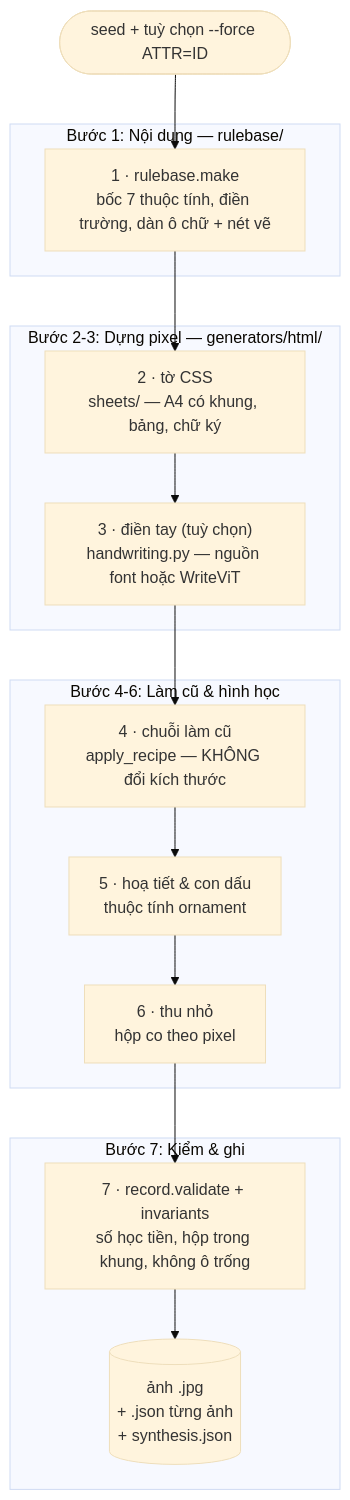
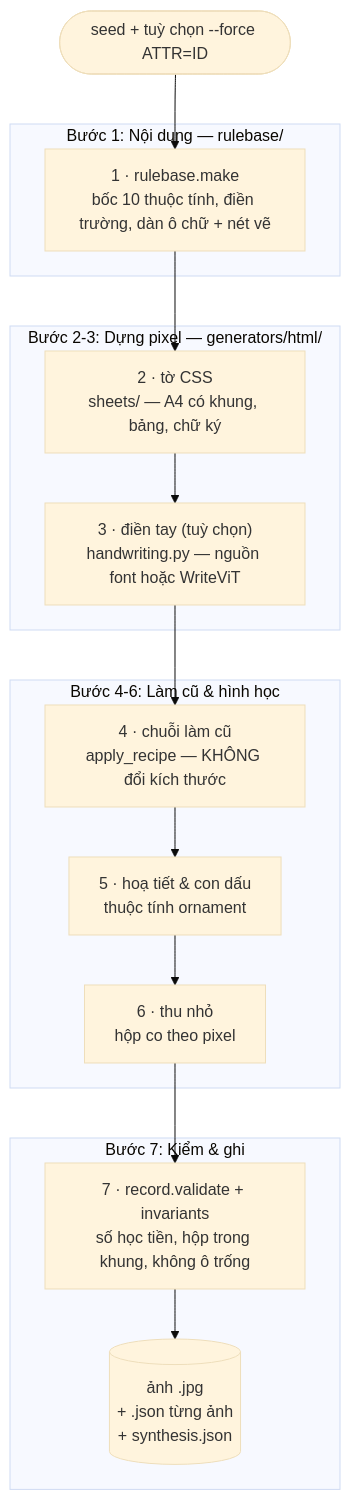
One commit to LinhPhuong14/vlm-ocr-synthetic changed the first of 5 diagrams in README.md. Above: the diagram before and after it, drawn with Mermaid (base theme). The commit also changed other lines of this file and 29 other files, not shown here.

````diff
--- a/README.md
+++ b/README.md
@@ -74,24 +74,24 @@
 ```mermaid
 flowchart TD
     seed(["seed + tuỳ chọn --force ATTR=ID"]) --> A
 
     subgraph S1 ["Bước 1: Nội dung — rulebase/"]
-        A["1 · rulebase.make<br/>bốc 7 thuộc tính, điền trường, dàn ô chữ + nét vẽ"]
+        A["1 · rulebase.make<br/>bốc 10 thuộc tính, điền trường, dàn ô chữ + nét vẽ"]
     end
 
     subgraph S2 ["Bước 2-3: Dựng pixel — generators/html/"]
         A --> D2["2 · tờ CSS<br/>sheets/ — A4 có khung, bảng, chữ ký"]
         D2 --> D3["3 · điền tay (tuỳ chọn)<br/>handwriting.py — nguồn font hoặc WriteViT"]
     end
 
     subgraph S3 ["Bước 4-6: Làm cũ & hình học"]
         D3 --> E["4 · chuỗi làm cũ<br/>apply_recipe — KHÔNG đổi kích thước"]
         E --> F["5 · hoạ tiết & con dấu<br/>thuộc tính ornament"]
         F --> G["6 · thu nhỏ<br/>hộp co theo pixel"]
     end
 
     subgraph S4 ["Bước 7: Kiểm & ghi"]
         G --> H["7 · record.validate + invariants<br/>số học tiền, hộp trong khung, không ô trống"]
         H --> O[("ảnh .jpg<br/>+ .json từng ảnh<br/>+ synthesis.json")]
     end
 ```
````
